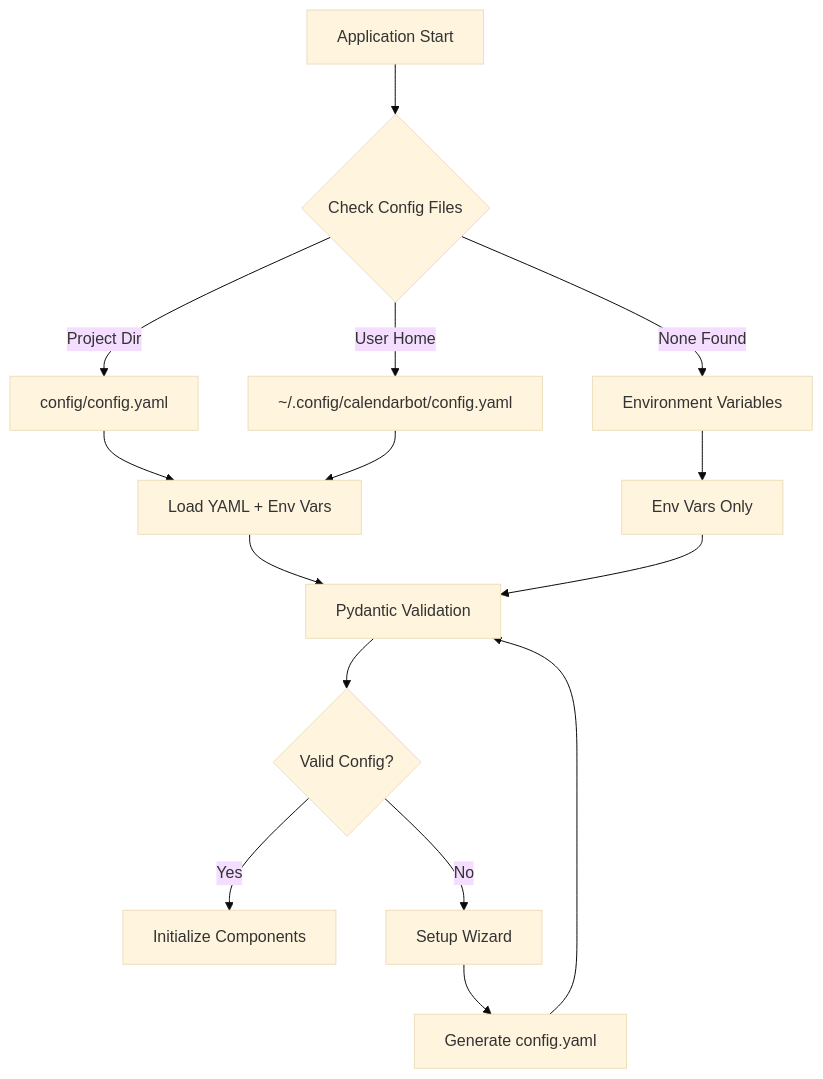
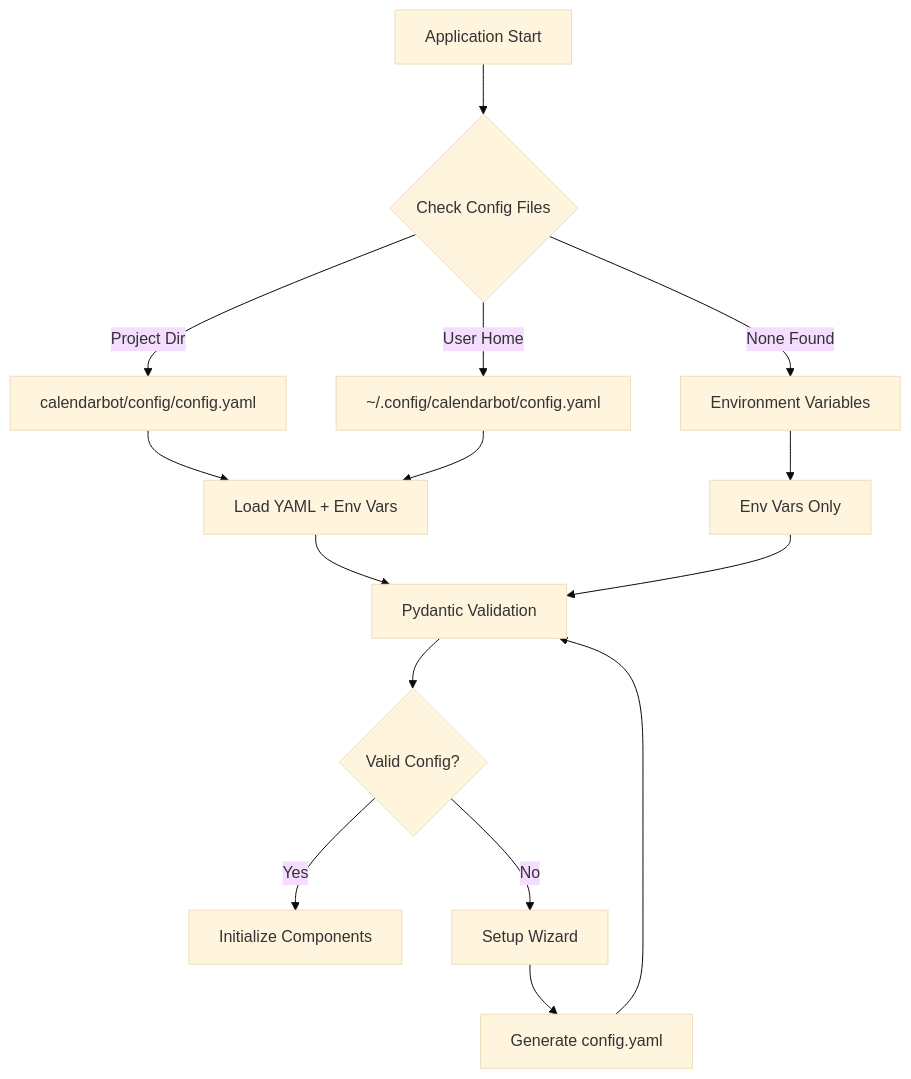
One commit to bencan1a/calendarBot changed the tenth of 10 diagrams in docs/architecture/ARCHITECTURE.md. Above: the diagram before and after it, drawn with Mermaid (base theme). The commit also changed other lines of this file and 112 other files, not shown here.

````diff
--- a/docs/architecture/ARCHITECTURE.md
+++ b/docs/architecture/ARCHITECTURE.md
@@ -912,21 +912,21 @@
 ```mermaid
 flowchart TD
     A[Application Start] --> B{Check Config Files}
-    B -->|Project Dir| C[config/config.yaml]
+    B -->|Project Dir| C[calendarbot/config/config.yaml]
     B -->|User Home| D[~/.config/calendarbot/config.yaml]
     B -->|None Found| E[Environment Variables]
 
     C --> F[Load YAML + Env Vars]
     D --> F
     E --> G[Env Vars Only]
 
     F --> H[Pydantic Validation]
     G --> H
 
     H --> I{Valid Config?}
     I -->|Yes| J[Initialize Components]
     I -->|No| K[Setup Wizard]
 
     K --> L[Generate config.yaml]
     L --> H
 ```
````
